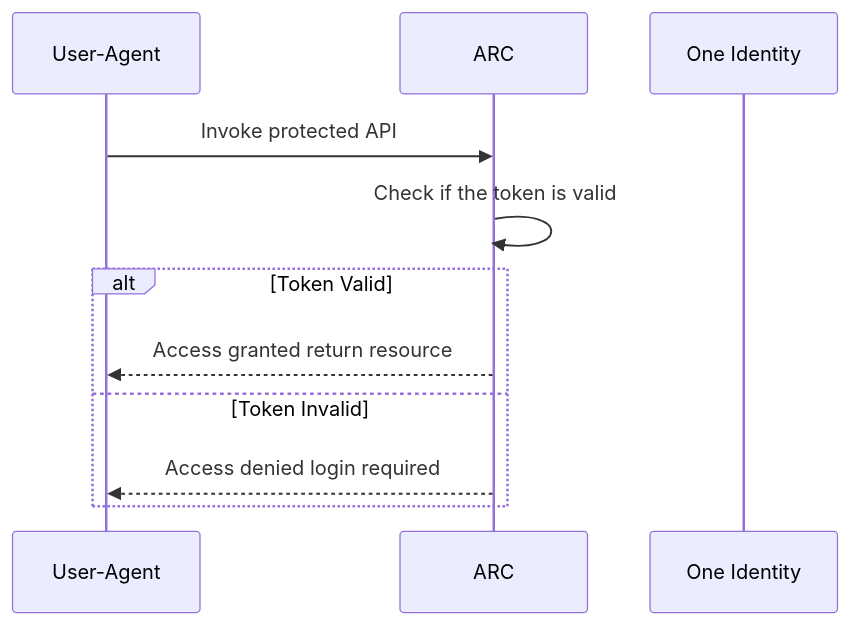
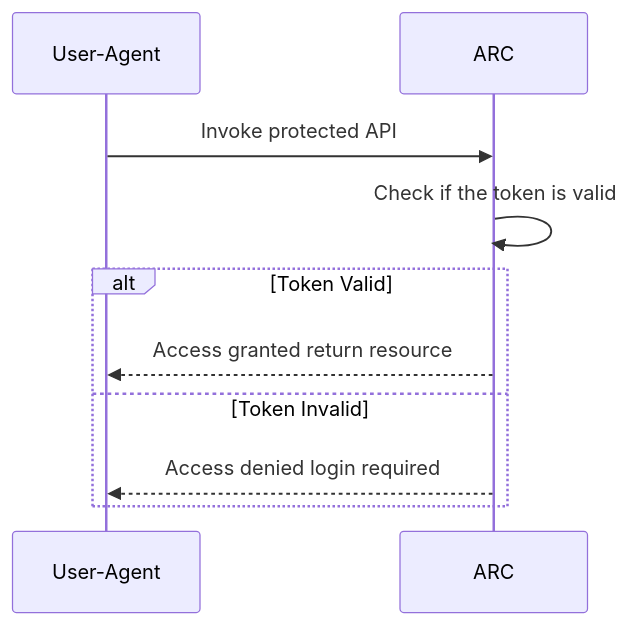
The diagram in design/arc/oneidentity-integration/sequence_diagram_system_characteristics.mmd (pagopa/p4pa-doc), drawn with Mermaid before and after one commit.

Commit message:
P4PU-171 updated sequence

```diff
--- a/design/arc/oneidentity-integration/sequence_diagram_system_characteristics.mmd
+++ b/design/arc/oneidentity-integration/sequence_diagram_system_characteristics.mmd
@@ -1,12 +1,11 @@
 sequenceDiagram
     participant User-Agent
     participant ARC
-    participant OneIdentity as One Identity
 
     User-Agent ->> ARC: Invoke protected API
     ARC ->> ARC: Check if the token is valid
     alt Token Valid
         ARC -->> User-Agent: Access granted return resource
     else Token Invalid
         ARC -->> User-Agent: Access denied login required
     end
```
